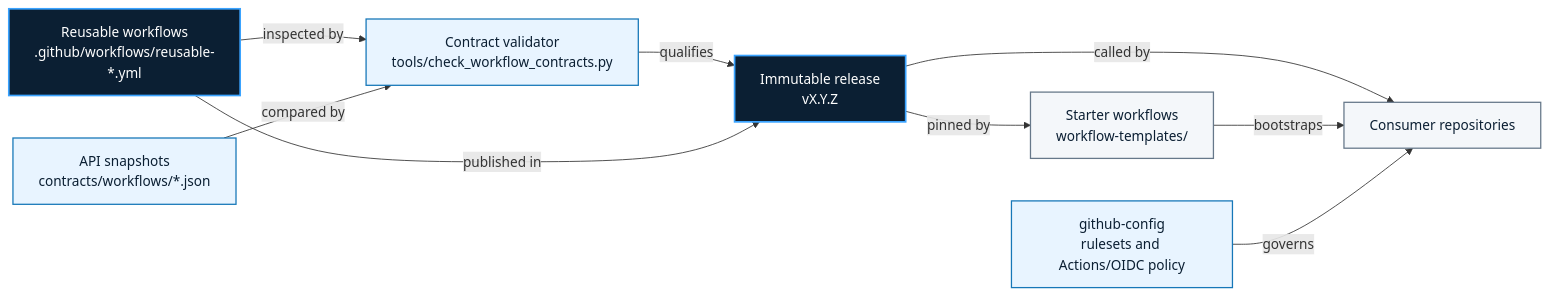
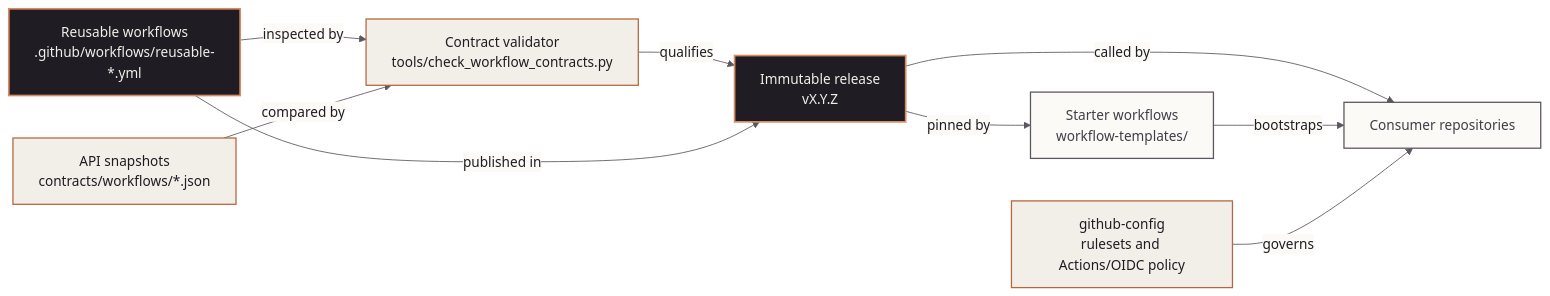
Before and after one commit to mindclade/.github-old: the diagram in docs/architecture.md, drawn with Mermaid. The commit also changed other lines of this file and 17 other files, not shown here.

````diff
--- a/docs/architecture.md
+++ b/docs/architecture.md
@@ -46,26 +49,27 @@
 ```mermaid
+%%{init: {"theme":"base","themeVariables":{"primaryColor":"#F2EFE8","primaryTextColor":"#201C24","primaryBorderColor":"#B5673F","secondaryColor":"#FBFAF7","tertiaryColor":"#FBFAF7","lineColor":"#5B5660","edgeLabelBackground":"#FBFAF7","clusterBkg":"#FBFAF7","clusterBorder":"#E2DED4"}}}%%
 flowchart LR
     WF["Reusable workflows<br/>.github/workflows/reusable-*.yml"]
     CK["Contract validator<br/>tools/check_workflow_contracts.py"]
     CT["API snapshots<br/>contracts/workflows/*.json"]
     RL["Immutable release<br/>vX.Y.Z"]
     ST["Starter workflows<br/>workflow-templates/"]
     CR["Consumer repositories"]
     GC["github-config<br/>rulesets and Actions/OIDC policy"]
 
     WF -->|inspected by| CK
     CT -->|compared by| CK
     CK -->|qualifies| RL
     WF -->|published in| RL
     RL -->|pinned by| ST
     RL -->|called by| CR
     ST -->|bootstraps| CR
     GC -->|governs| CR
 
-    classDef shared fill:#0b1f33,color:#ffffff,stroke:#3aa3ff,stroke-width:2px;
-    classDef evidence fill:#e8f4ff,color:#0b1f33,stroke:#1677b8,stroke-width:1.5px;
-    classDef consumer fill:#f4f7fa,color:#0b1f33,stroke:#66788a,stroke-width:1.5px;
+    classDef shared fill:#201C24,color:#F2EFE8,stroke:#D68A61,stroke-width:2px;
+    classDef evidence fill:#F2EFE8,color:#201C24,stroke:#B5673F,stroke-width:1.5px;
+    classDef consumer fill:#FBFAF7,color:#423D48,stroke:#5B5660,stroke-width:1.5px;
     class WF,RL shared;
     class CK,CT,GC evidence;
     class ST,CR consumer;
 ```
````
